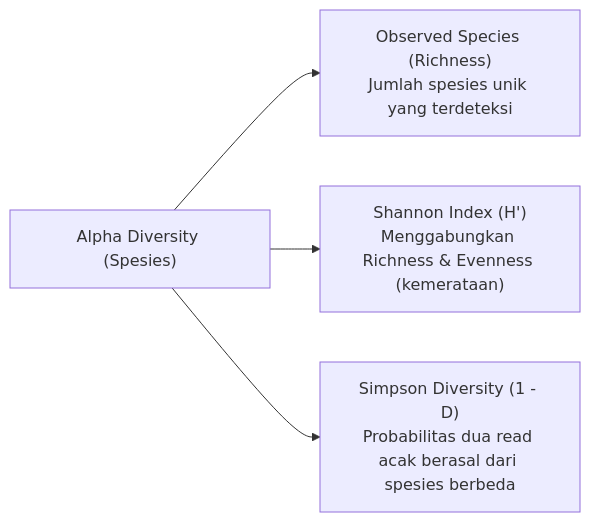
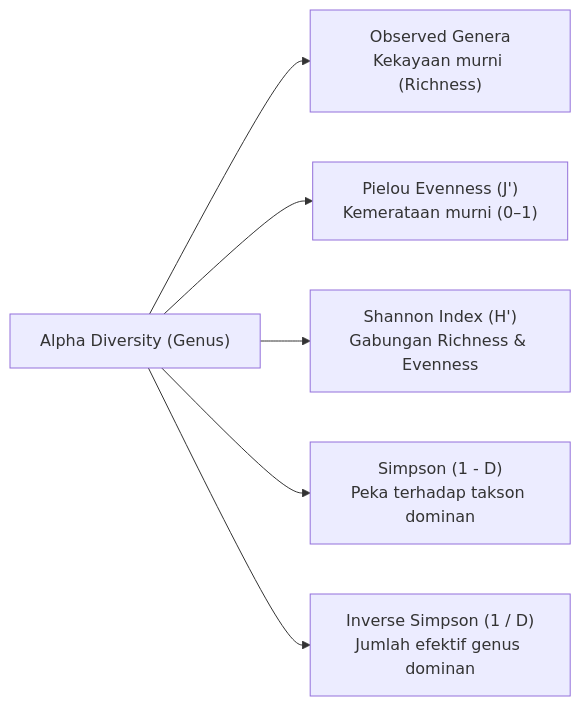
Before and after one commit to OmicsLite/Workshop-Long-Reads-Metagenomics: the diagram in modules/05-visualization/README.md, drawn with Mermaid. The commit also changed other lines of this file and 1 other file, not shown here.

Commit message:
docs(modules): sync Modules 04 and 05 with alternative 16S DBs, Kraken2-to-Bracken intro, and 5+2 diversity suite

````diff
--- a/modules/05-visualization/README.md
+++ b/modules/05-visualization/README.md
@@ -58,6 +58,8 @@
 ```mermaid
 flowchart LR
-    A["Alpha Diversity (Spesies)"] --> B["Observed Species (Richness)<br/>Jumlah spesies unik yang terdeteksi"]
-    A --> C["Shannon Index (H')<br/>Menggabungkan Richness & Evenness (kemerataan)"]
-    A --> D["Simpson Diversity (1 - D)<br/>Probabilitas dua read acak berasal dari spesies berbeda"]
+    A["Alpha Diversity (Genus)"] --> B["Observed Genera<br/>Kekayaan murni (Richness)"]
+    A --> C["Pielou Evenness (J')<br/>Kemerataan murni (0–1)"]
+    A --> D["Shannon Index (H')<br/>Gabungan Richness & Evenness"]
+    A --> E["Simpson (1 - D)<br/>Peka terhadap takson dominan"]
+    A --> F["Inverse Simpson (1 / D)<br/>Jumlah efektif genus dominan"]
 ```
````
